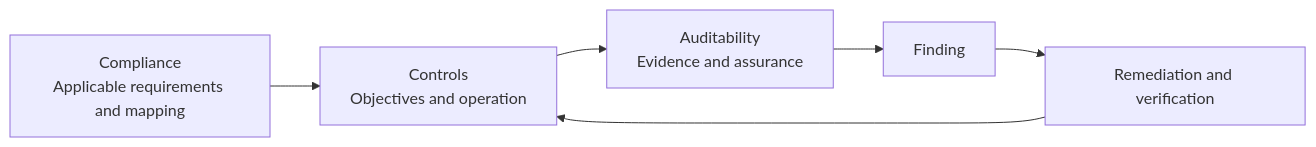
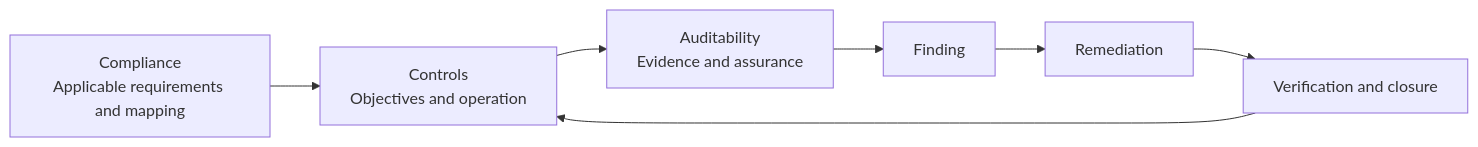
Before and after one commit to skitazaki/notes-with-ai: the diagram in content/docs/data/governance/compliance-and-auditability/_index.md, drawn with Mermaid. The commit also changed 7 other files, not shown here.

````diff
--- a/content/docs/data/governance/compliance-and-auditability/_index.md
+++ b/content/docs/data/governance/compliance-and-auditability/_index.md
@@ -17,5 +17,5 @@
 ```mermaid
 flowchart LR
   CMP["Compliance<br/>Applicable requirements and mapping"] --> CTRL["Controls<br/>Objectives and operation"] --> AUD["Auditability<br/>Evidence and assurance"]
-  AUD --> F["Finding"] --> R["Remediation and verification"] --> CTRL
+  AUD --> F["Finding"] --> R["Remediation"] --> V["Verification and closure"] --> CTRL
 ```
````
